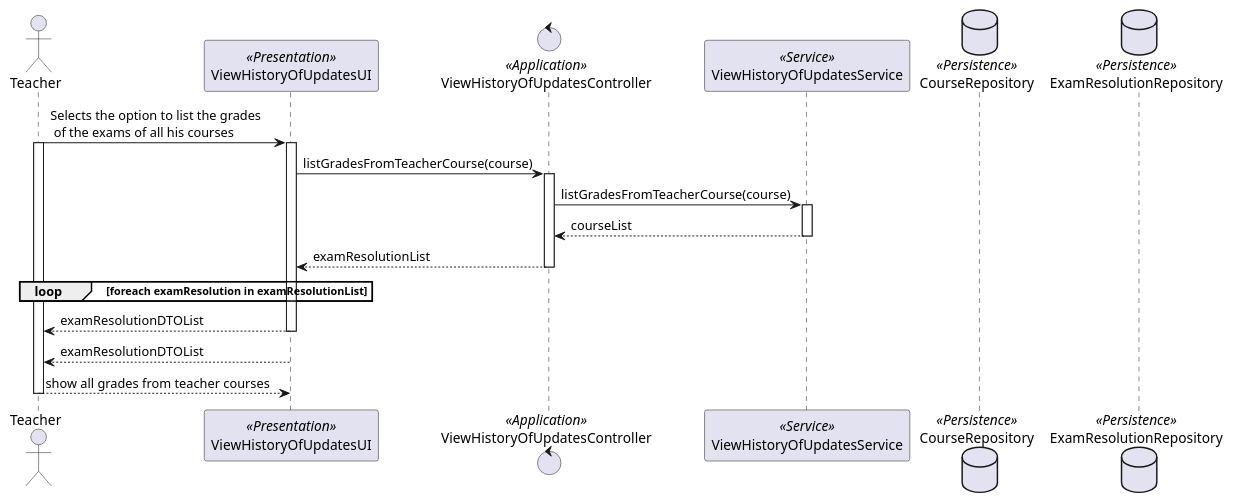
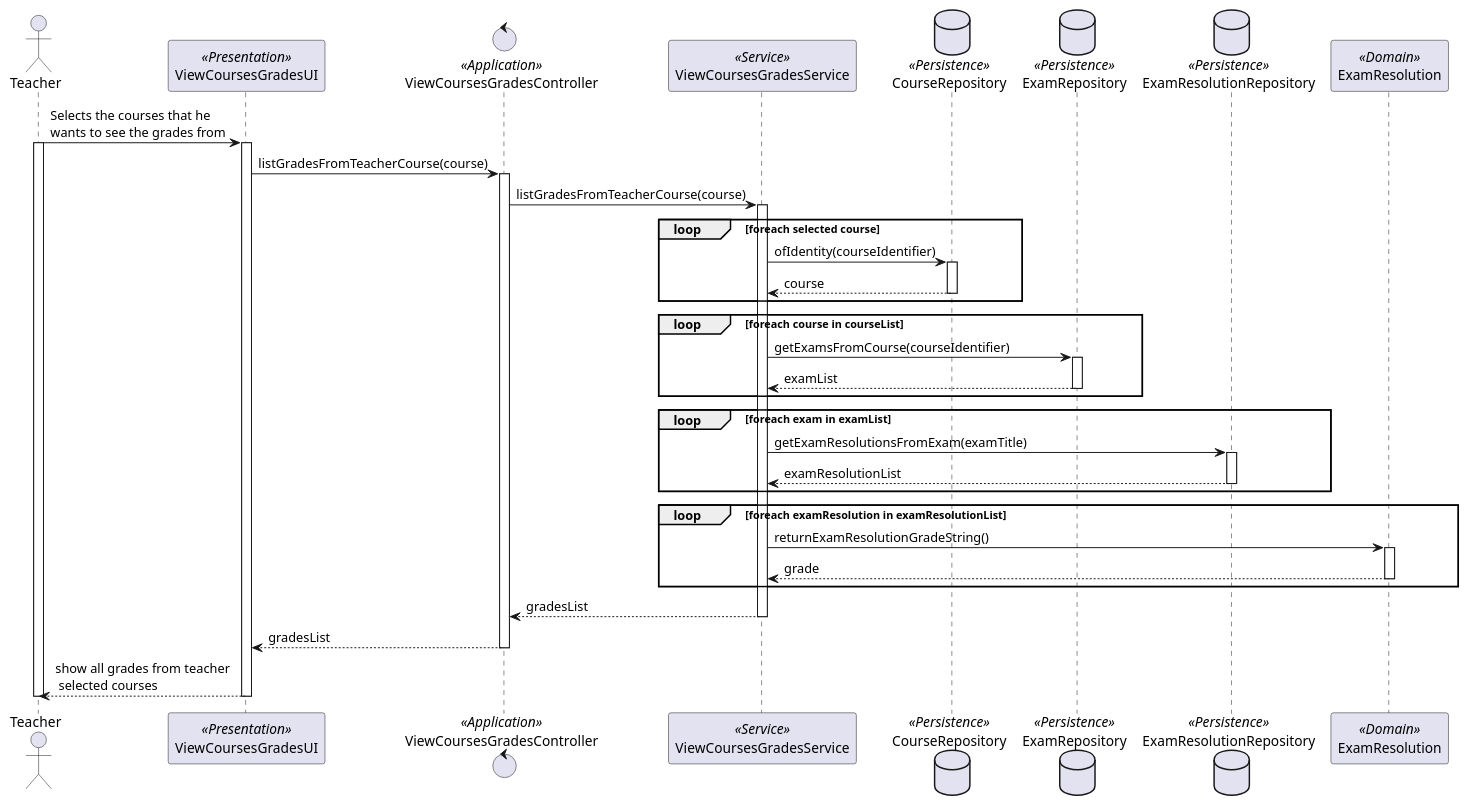
The diagram in docs/Sprint_C/us_2006/US2006SD.puml (Marco-Nobrega-Andrade/sem4pi_22_23), drawn with PlantUML before and after one commit. The commit also changed 1 other file, not shown here.

```diff
--- a/docs/Sprint_C/us_2006/US2006SD.puml
+++ b/docs/Sprint_C/us_2006/US2006SD.puml
@@ -1,27 +1,45 @@
 @startuml
 actor Teacher as T
-participant "ViewHistoryOfUpdatesUI" as UI <<Presentation>>
-control "ViewHistoryOfUpdatesController" as CTRL <<Application>>
-participant "ViewHistoryOfUpdatesService" as S <<Service>>
+participant "ViewCoursesGradesUI" as UI <<Presentation>>
+control "ViewCoursesGradesController" as CTRL <<Application>>
+participant "ViewCoursesGradesService" as S <<Service>>
 database "CourseRepository" as CR <<Persistence>>
+database "ExamRepository" as ER <<Persistence>>
 database "ExamResolutionRepository" as ERR <<Persistence>>
+participant "ExamResolution" as ExamR <<Domain>>
 
 
-T->UI: Selects the option to list the grades\n of the exams of all his courses
+T->UI: Selects the courses that he \nwants to see the grades from
 activate T
 activate UI
 UI->CTRL : listGradesFromTeacherCourse(course)
 activate CTRL
 CTRL->S: listGradesFromTeacherCourse(course)
 activate S
-return courseList
-'examResolutionDTOExamTitleGrade'
+loop foreach selected course
+S -> CR : ofIdentity(courseIdentifier)
+activate CR
+return course
+end loop
+loop foreach course in courseList
+S-> ER : getExamsFromCourse(courseIdentifier)
+activate ER
+return examList
+end loop
+loop foreach exam in examList
+S-> ERR : getExamResolutionsFromExam(examTitle)
+activate ERR
 return examResolutionList
+end loop
 loop foreach examResolution in examResolutionList
+S-> ExamR : returnExamResolutionGradeString()
+activate ExamR
+return grade
 end loop
-return examResolutionDTOList
-return examResolutionDTOList
-return show all grades from teacher courses
+
+return gradesList
+return gradesList
+return show all grades from teacher\n selected courses
 deactivate UI
 deactivate T
 @enduml
```
